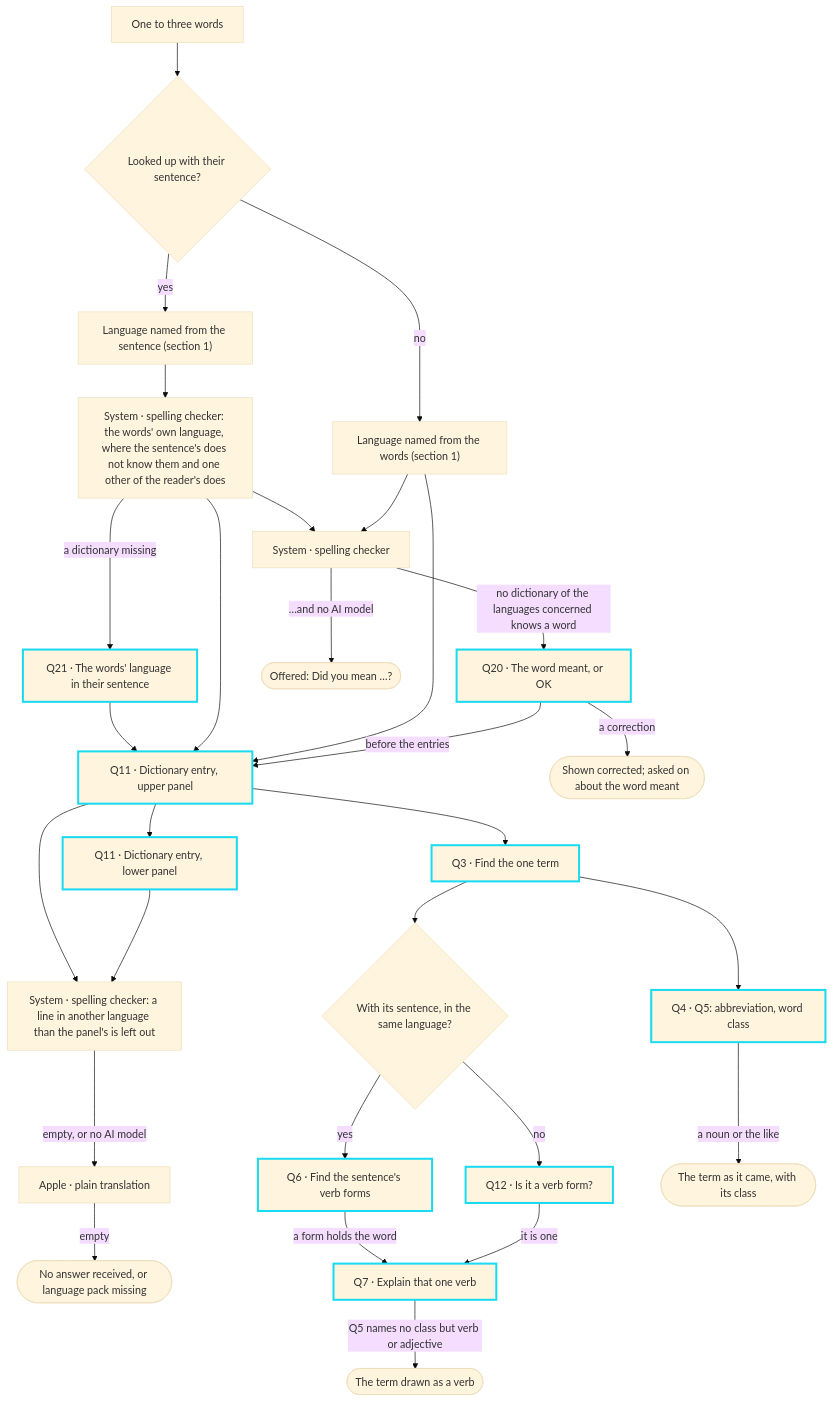
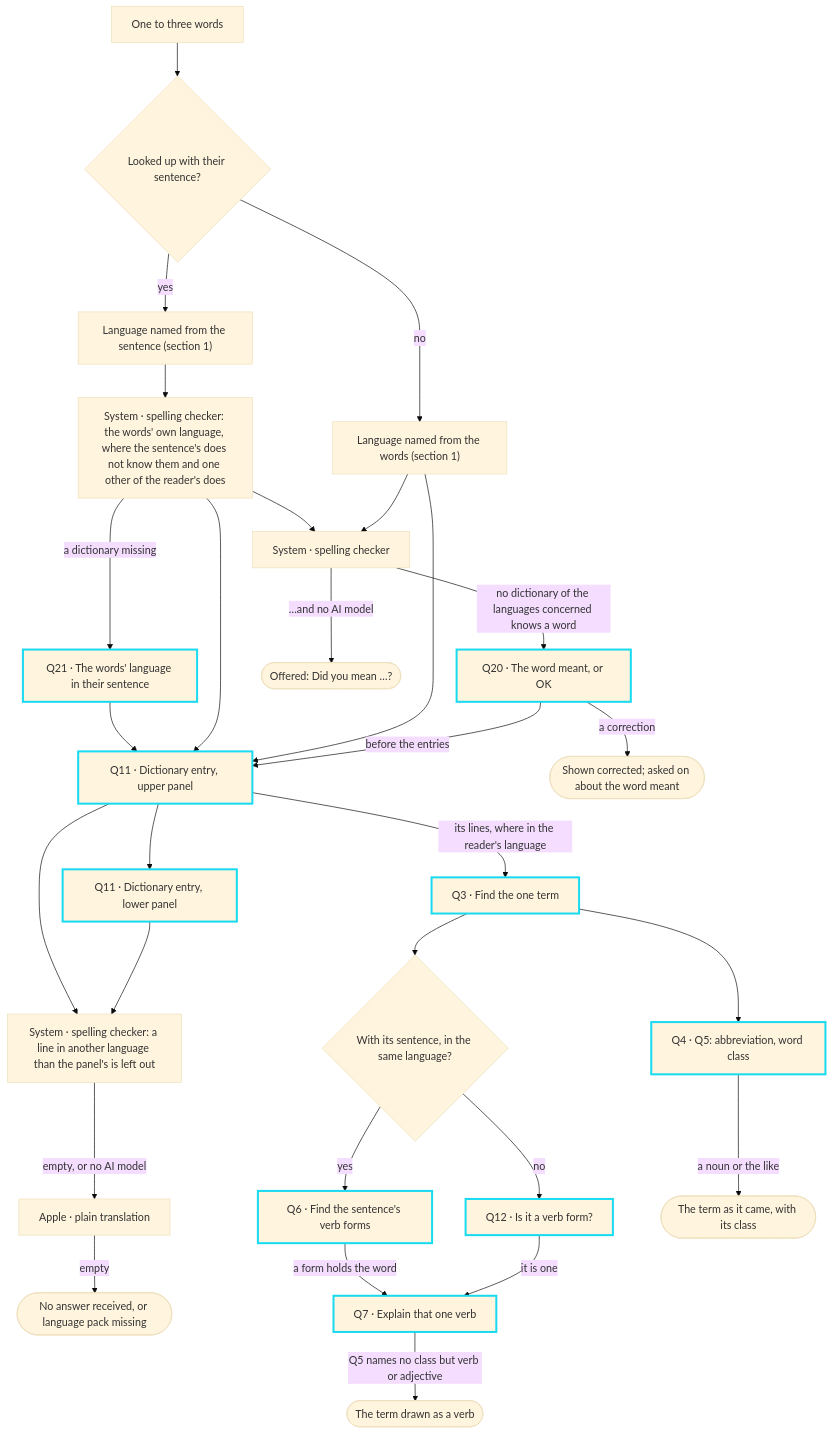
The fifth of 8 diagrams in docs/behind-a-translation.md (mdd335/triglosa), drawn with Mermaid (base theme) before and after one commit. The commit also changed other lines of this file and 113 other files, not shown here.

````diff
--- a/docs/behind-a-translation.md
+++ b/docs/behind-a-translation.md
@@ -159,36 +161,36 @@
 ```mermaid
 flowchart TD
   W["One to three words"] --> S{"Looked up with their sentence?"}
   S -->|yes| LS["Language named from the sentence (section 1)"]
   S -->|no| LW["Language named from the words (section 1)"]
   LS --> WL["System · spelling checker: the words' own language, where the sentence's does not know them and one other of the reader's does"]
   WL -->|"a dictionary missing"| Q21["Q21 · The words' language in their sentence"]
   Q21 --> Q11
   WL --> Q11
   LW --> Q11["Q11 · Dictionary entry, upper panel"]
   WL --> SP
   LW --> SP["System · spelling checker"]
   SP -->|"no dictionary of the languages concerned knows a word"| Q20["Q20 · The word meant, or OK"]
   Q20 -->|"before the entries"| Q11
   SP -->|"…and no AI model"| OFFER(["Offered: Did you mean …?"])
   Q20 -->|"a correction"| MEANT(["Shown corrected; asked on about the word meant"])
   Q11 --> Q11B["Q11 · Dictionary entry, lower panel"]
-  Q11 --> Q3S["Q3 · Find the one term"]
+  Q11 -->|"its lines, where in the reader's language"| Q3S["Q3 · Find the one term"]
   Q11 --> WR["System · spelling checker: a line in another language than the panel's is left out"]
   Q11B --> WR
 
   WR -->|"empty, or no AI model"| APS["Apple · plain translation"]
   APS -->|empty| NAS(["No answer received, or language pack missing"])
 
   Q3S --> Q45["Q4 · Q5: abbreviation, word class"]
   Q3S --> VB{"With its sentence, in the same language?"}
   VB -->|yes| Q6S["Q6 · Find the sentence's verb forms"]
   VB -->|no| Q12["Q12 · Is it a verb form?"]
   Q6S -->|"a form holds the word"| Q7S["Q7 · Explain that one verb"]
   Q12 -->|"it is one"| Q7S
   Q7S -->|"Q5 names no class but verb or adjective"| ROW(["The term drawn as a verb"])
   Q45 -->|"a noun or the like"| KEEP(["The term as it came, with its class"])
 
   classDef model stroke:#18daf1,stroke-width:3px
   class Q11,Q11B,Q3S,Q45,Q6S,Q12,Q7S,Q20,Q21 model
 ```
````
